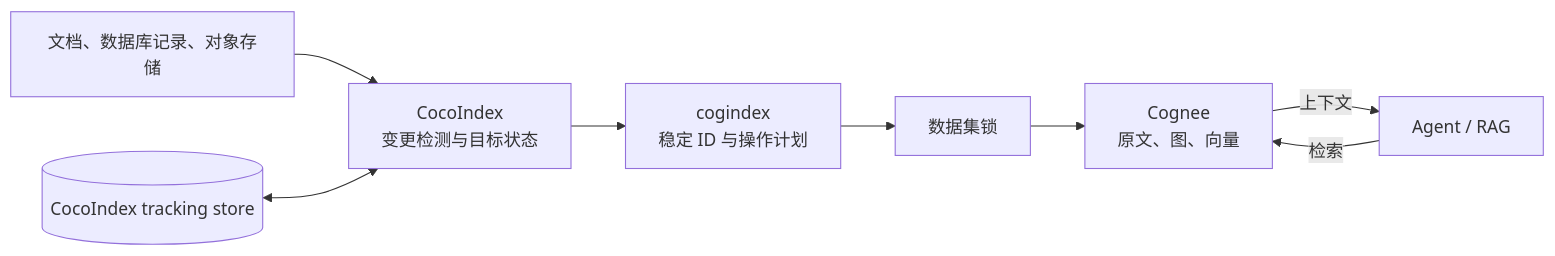
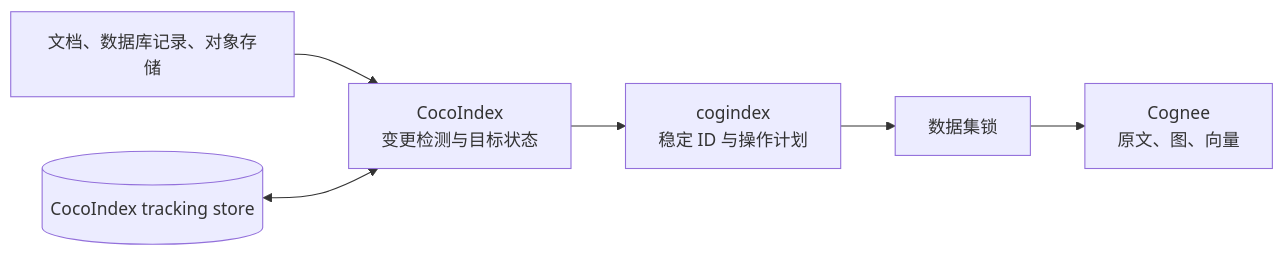
Before and after one commit to liuqjjin/cogindex: the first of 2 diagrams in docs/design.md, drawn with Mermaid. The commit also changed other lines of this file and 37 other files, not shown here.

````diff
--- a/docs/design.md
+++ b/docs/design.md
@@ -20,10 +19,8 @@
 ```mermaid
 flowchart LR
     source["文档、数据库记录、对象存储"] --> coco["CocoIndex<br/>变更检测与目标状态"]
     tracking[("CocoIndex tracking store")] <--> coco
     coco --> connector["cogindex<br/>稳定 ID 与操作计划"]
     connector --> lock["数据集锁"]
     lock --> cognee["Cognee<br/>原文、图、向量"]
-    agent["Agent / RAG"] -->|检索| cognee
-    cognee -->|上下文| agent
 ```
````
